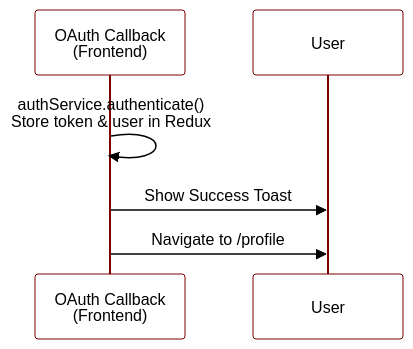
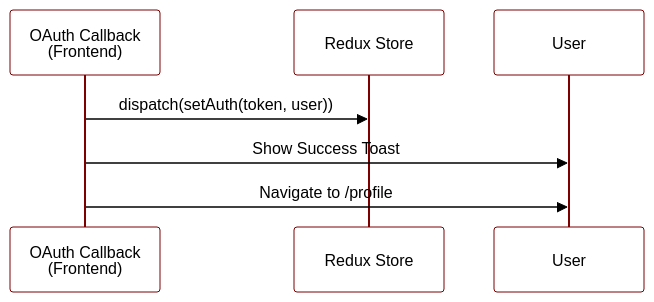
Before and after one commit to simpscal/notism-web: the fifth of 5 diagrams in docs/integration-flows/oauth-flow.md, drawn with Mermaid. The commit also changed other lines of this file and 212 other files, not shown here.

````diff
--- a/docs/integration-flows/oauth-flow.md
+++ b/docs/integration-flows/oauth-flow.md
@@ -97,10 +97,11 @@
 ```mermaid
 %%{init: {'theme':'base', 'themeVariables': { 'fontSize': '16px', 'primaryColor': '#fff', 'primaryTextColor': '#000', 'primaryBorderColor': '#7C0000', 'lineColor': '#F8B229', 'secondaryColor': '#006100', 'tertiaryColor': '#fff'}}}%%
 sequenceDiagram
     participant CallbackPage as OAuth Callback<br/>(Frontend)
+    participant ReduxStore as Redux Store
     participant User
 
-    CallbackPage->>CallbackPage: authService.authenticate()<br/>Store token & user in Redux
+    CallbackPage->>ReduxStore: dispatch(setAuth(token, user))
     CallbackPage->>User: Show Success Toast
     CallbackPage->>User: Navigate to /profile
 ```
````
